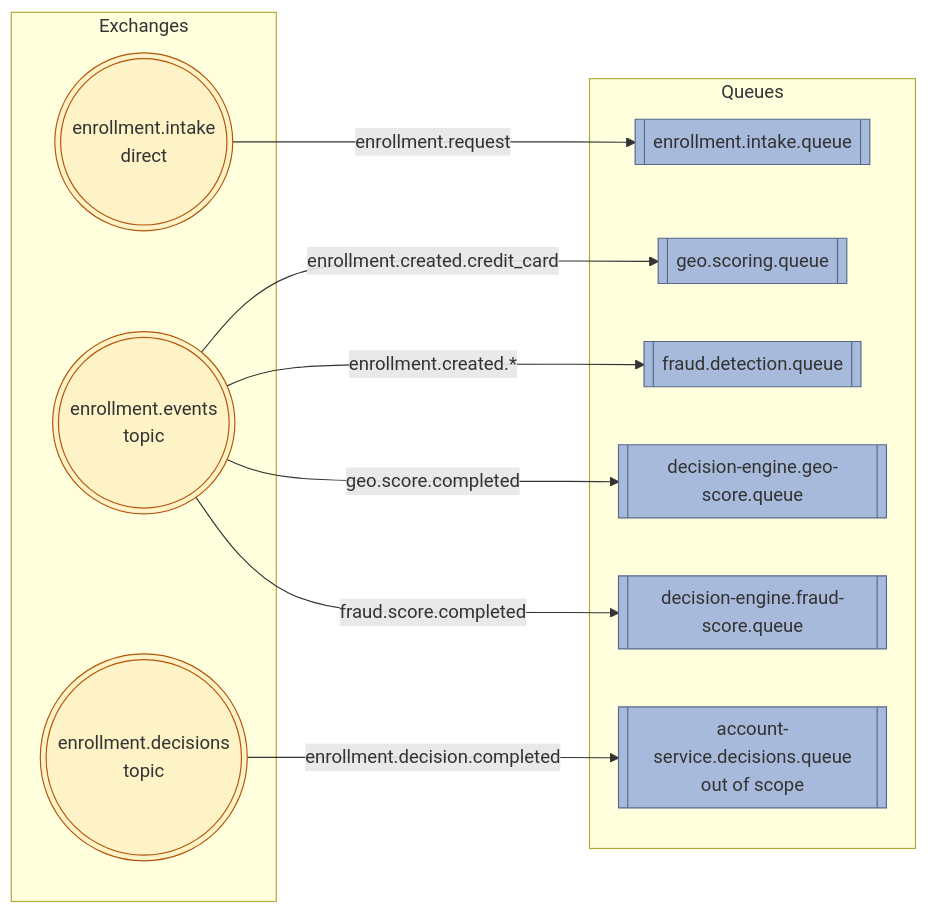
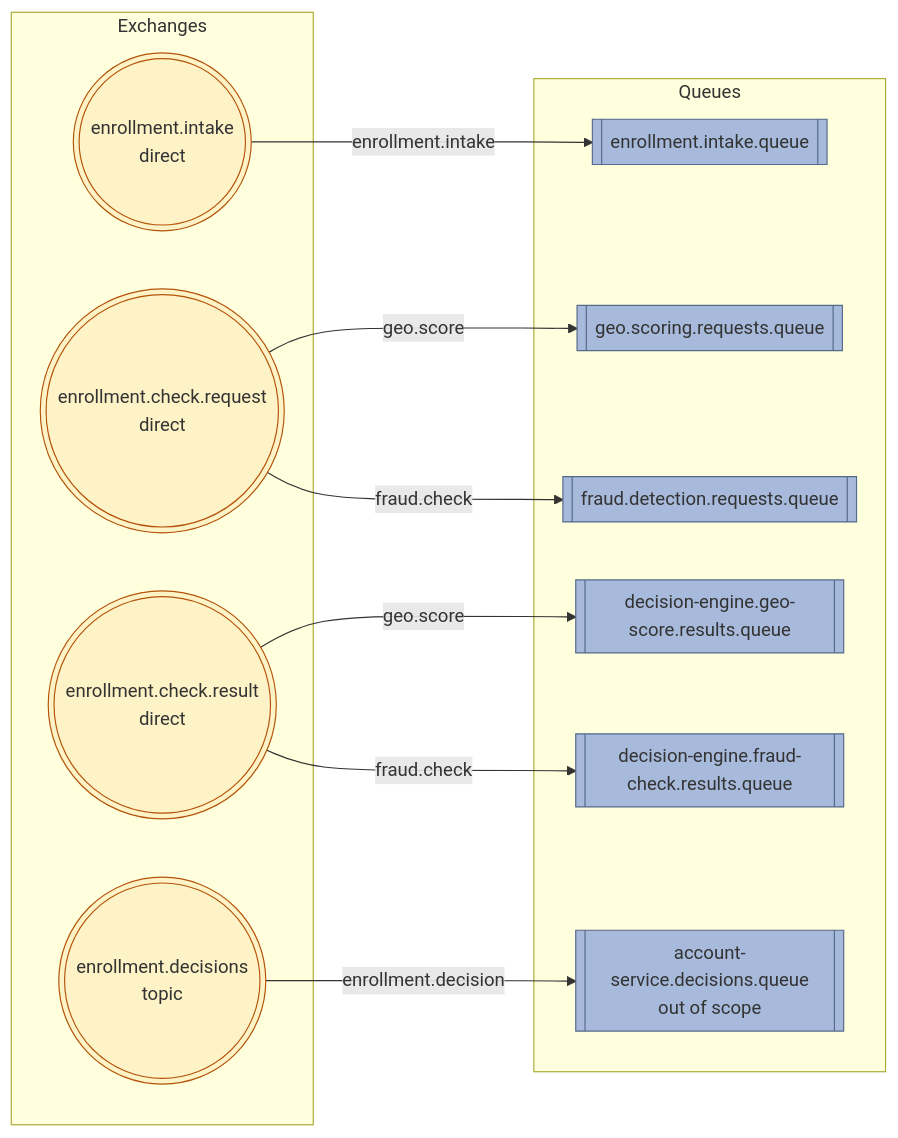
Before and after one commit to angelasindic/enrollment-hub: the diagram in docs/adr/003-enrollment-pipeline-messaging.md, drawn with Mermaid. The commit also changed other lines of this file and 7 other files, not shown here.

````diff
--- a/docs/adr/003-enrollment-pipeline-messaging.md
+++ b/docs/adr/003-enrollment-pipeline-messaging.md
@@ -100,26 +109,27 @@
 ```mermaid
 flowchart LR
 subgraph Exchanges
     EX_INTAKE(((enrollment.intake<br/>direct)))
-    EX_EVENTS(((enrollment.events<br/>topic)))
+    EX_REQ(((enrollment.check.request<br/>direct)))
+    EX_RES(((enrollment.check.result<br/>direct)))
     EX_DECISIONS(((enrollment.decisions<br/>topic)))
 end
     subgraph Queues
         Q_INTAKE[[enrollment.intake.queue]]
-        Q_GEO[[geo.scoring.queue]]
-        Q_FRAUD[[fraud.detection.queue]]
-        Q_DE_GEO[[decision-engine.geo-score.queue]]
-        Q_DE_FRAUD[[decision-engine.fraud-score.queue]]
+        Q_GEO[[geo.scoring.requests.queue]]
+        Q_FRAUD[[fraud.detection.requests.queue]]
+        Q_DE_GEO[[decision-engine.geo-score.results.queue]]
+        Q_DE_FRAUD[[decision-engine.fraud-check.results.queue]]
         Q_AS[[account-service.decisions.queue<br/>out of scope]]
     end
-    EX_INTAKE -->|"enrollment.request"| Q_INTAKE
-    EX_EVENTS -->|"enrollment.created.credit_card"| Q_GEO
-    EX_EVENTS -->|"geo.score.completed"| Q_DE_GEO
-    EX_EVENTS -->|"enrollment.created.*"| Q_FRAUD
-    EX_EVENTS -->|"fraud.score.completed"| Q_DE_FRAUD
-    EX_DECISIONS -->|"enrollment.decision.completed"| Q_AS
+    EX_INTAKE -->|"enrollment.intake"| Q_INTAKE
+    EX_REQ -->|"geo.score"| Q_GEO
+    EX_REQ -->|"fraud.check"| Q_FRAUD
+    EX_RES -->|"geo.score"| Q_DE_GEO
+    EX_RES -->|"fraud.check"| Q_DE_FRAUD
+    EX_DECISIONS -->|"enrollment.decision"| Q_AS
     classDef ex fill:#fef3c7,stroke:#b45309
     classDef q  fill:#a7badb,stroke:#54698c
-    class EX_INTAKE,EX_EVENTS,EX_DECISIONS ex
+    class EX_INTAKE,EX_REQ,EX_RES,EX_DECISIONS ex
     class Q_INTAKE,Q_GEO,Q_FRAUD,Q_DE_GEO,Q_DE_FRAUD,Q_AS q
 ```
````
